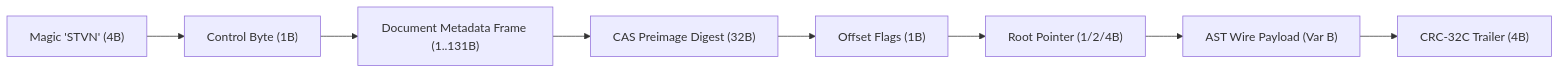
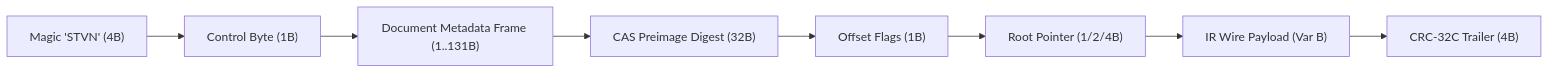
The first of 2 diagrams in docs/architecture/03_BINARY_ENCODING_AND_ZERO_TRUST.md (chaotic3quilibrium/stvnadore-core), drawn with Mermaid before and after one commit. The commit also changed other lines of this file and 76 other files, not shown here.

````diff
--- a/docs/architecture/03_BINARY_ENCODING_AND_ZERO_TRUST.md
+++ b/docs/architecture/03_BINARY_ENCODING_AND_ZERO_TRUST.md
@@ -56,10 +57,10 @@
 ```mermaid
 flowchart LR
     M["Magic 'STVN' (4B)"] --> C["Control Byte (1B)"]
     C --> META["Document Metadata Frame (1..131B)"]
     META --> CAS["CAS Preimage Digest (32B)"]
     CAS --> FLG["Offset Flags (1B)"]
     FLG --> PTR["Root Pointer (1/2/4B)"]
-    PTR --> PL["AST Wire Payload (Var B)"]
+    PTR --> PL["IR Wire Payload (Var B)"]
     PL --> CRC["CRC-32C Trailer (4B)"]
 ```
````
